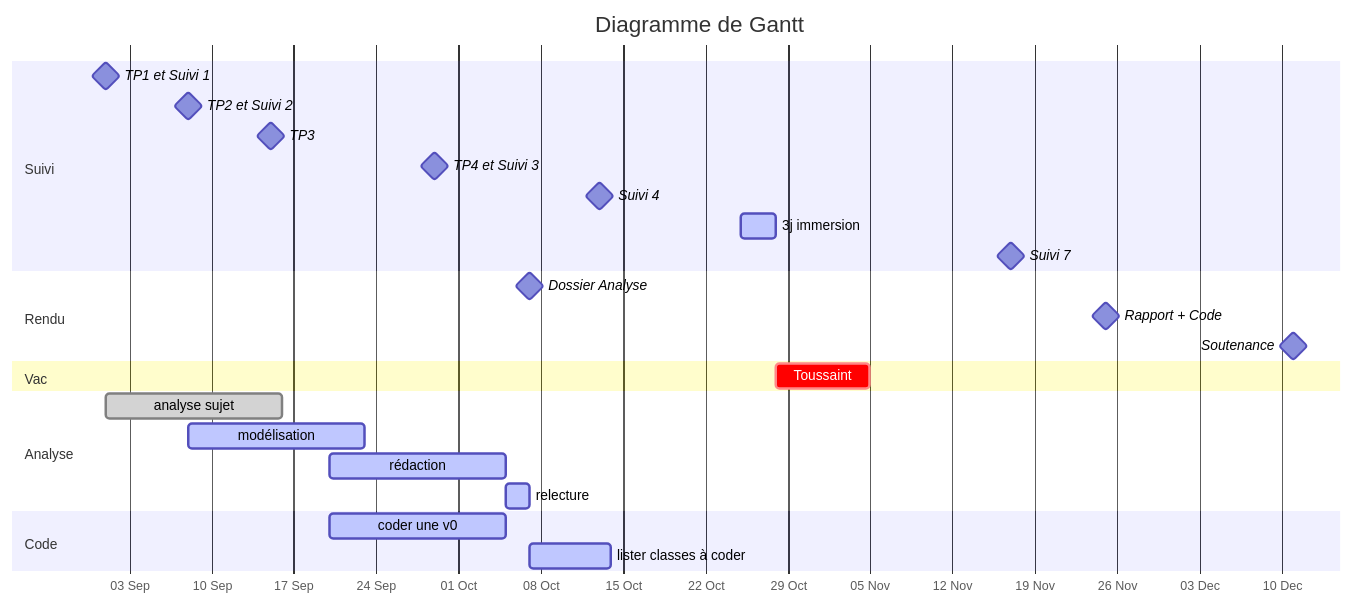
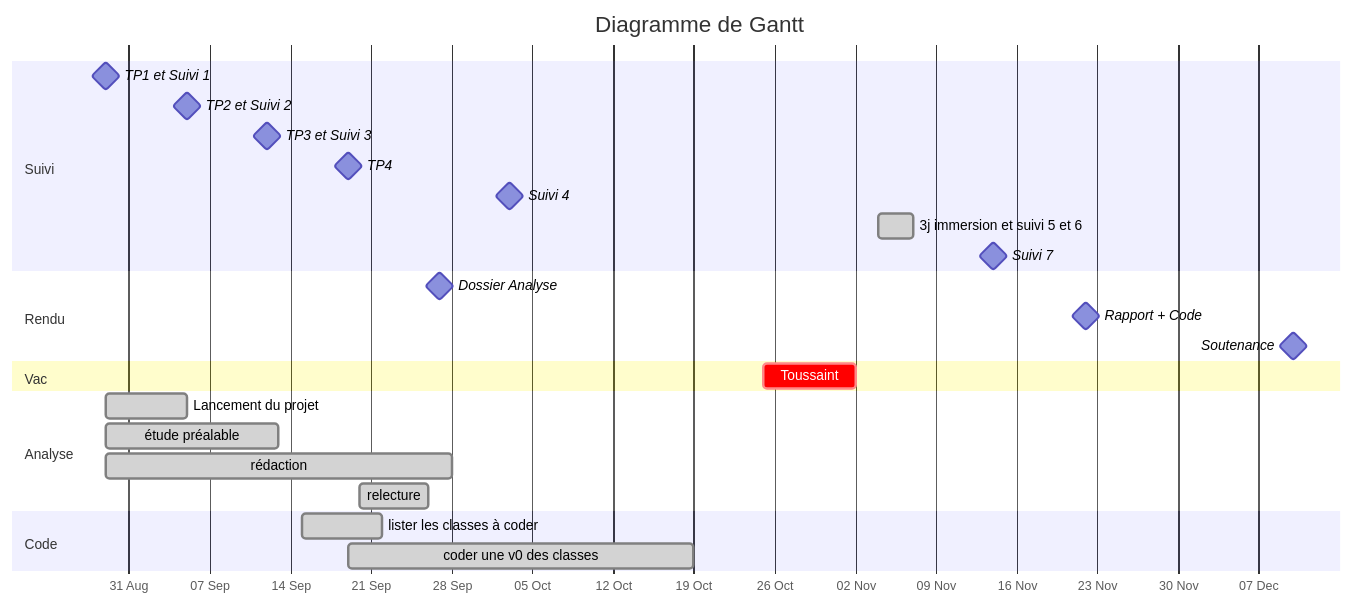
One commit to tomdtd/ENSAI-2A-projet-info-Albane-Tom-Neville-Floraline changed the diagram in doc/suivi.md. Above: the diagram before and after it, drawn with Mermaid. The commit also changed other lines of this file and 1 other file, not shown here.

Commit message:
maj du tdb suivi.md

````diff
--- a/doc/suivi.md
+++ b/doc/suivi.md
@@ -16,38 +16,35 @@
 ```mermaid
 gantt
     %% doc : https://mermaid-js.github.io/mermaid/#/./gantt
     dateFormat  YYYY-MM-DD
     axisFormat  %d %b
     title       Diagramme de Gantt
     %%excludes  YYYY-MM-DD and/or sunday and/or weekends 
      
     section Suivi
-    TP1 et Suivi 1               :milestone, 2023-09-01,
-    TP2 et Suivi 2               :milestone, 2023-09-08,
-    TP3                          :milestone, 2023-09-15,
-    TP4 et Suivi 3               :milestone, 2023-09-29,
-    Suivi 4                      :milestone, 2023-10-13,
-    3j immersion                 :active,    2023-10-25, 3d
-    Suivi 7                      :milestone, 2023-11-17,
+    TP1 et Suivi 1               :milestone, 2025-08-29,
+    TP2 et Suivi 2               :milestone, 2025-09-05,
+    TP3 et Suivi 3               :milestone, 2025-09-12,
+    TP4                          :milestone, 2025-09-19,
+    Suivi 4                      :milestone, 2025-10-03,
+    3j immersion et suivi 5 et 6 :done,    2025-11-04, 3d
+    Suivi 7                      :milestone, 2025-11-14,
     
     section Rendu
-    Dossier Analyse              :milestone, 2023-10-07,
-    Rapport + Code               :milestone, 2023-11-25,
-    Soutenance                   :milestone, 2023-12-11,
+    Dossier Analyse              :milestone, 2025-09-27,
+    Rapport + Code               :milestone, 2025-11-22,
+    Soutenance                   :milestone, 2025-12-10,
     
     section Vac
-    Toussaint                    :crit,    2023-10-28, 2023-11-05
+    Toussaint                    :crit,    2025-10-25, 2025-11-02
     
     section Analyse
-    analyse sujet                :done,      2023-09-01, 15d
-    modélisation                 :active,    2023-09-08, 15d
-    rédaction                    :active,    2023-09-20, 2023-10-05
-    relecture                    :active,    2023-10-05, 2023-10-07
+    Lancement du projet          :done,      2025-08-29, 7d
+    étude préalable              :done,    2025-08-29, 15d
+    rédaction                    :done,    2025-08-29, 30d
+    relecture                    :done,    2025-09-20, 6d
     
     section Code
-    coder une v0                 :active,    2023-09-20, 15d
-    lister classes à coder       :active,    2023-10-07, 7d
-    
-
-    %%Stats univariées retraités   :done,         2021-11-28, 3d
+    lister les classes à coder   :done,    2025-09-15, 7d
+    coder une v0 des classes     :done,    2025-09-19, 30d
 ```
````
